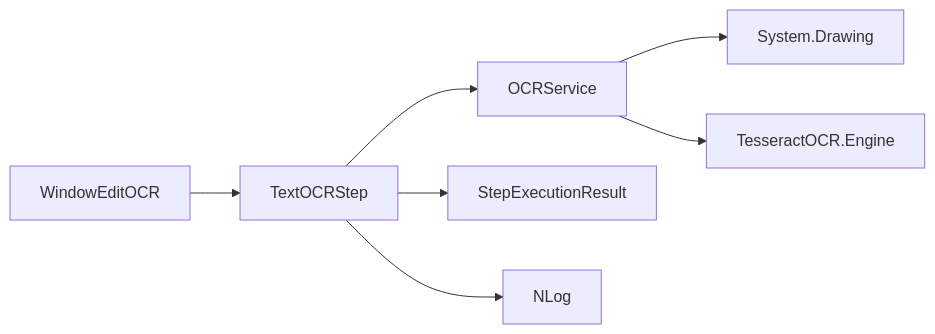
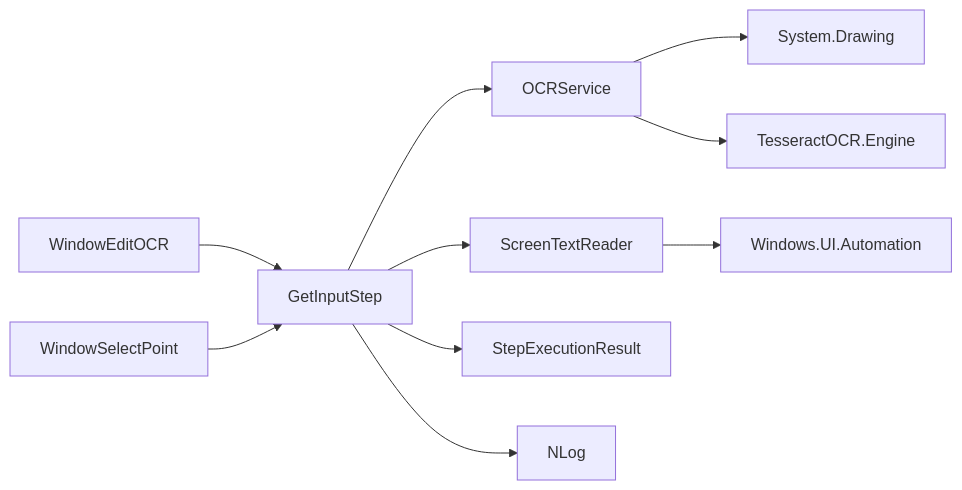
One commit to yooxii/ShaoLuAuto changed the fifth of 5 diagrams in .qoder/repowiki/zh/content/自动化步骤系统/OCR文字识别步骤.md. Above: the diagram before and after it, drawn with Mermaid. The commit also changed other lines of this file and 9 other files, not shown here.

````diff
--- a/.qoder/repowiki/zh/content/自动化步骤系统/OCR文字识别步骤.md
+++ b/.qoder/repowiki/zh/content/自动化步骤系统/OCR文字识别步骤.md
@@ -272,9 +373,12 @@
 ```mermaid
 graph LR
-VM["TextOCRStep"] --> SVC["OCRService"]
+VM["GetInputStep"] --> SVC["OCRService"]
+VM --> STR["ScreenTextReader"]
 SVC --> GDI["System.Drawing"]
 SVC --> TESS["TesseractOCR.Engine"]
+STR --> UIA["Windows.UI.Automation"]
 VM --> RES["StepExecutionResult"]
 VM --> LOG["NLog"]
-VIEW["WindowEditOCR"] --> VM
+VIEW1["WindowEditOCR"] --> VM
+VIEW2["WindowSelectPoint"] --> VM
 ```
````
